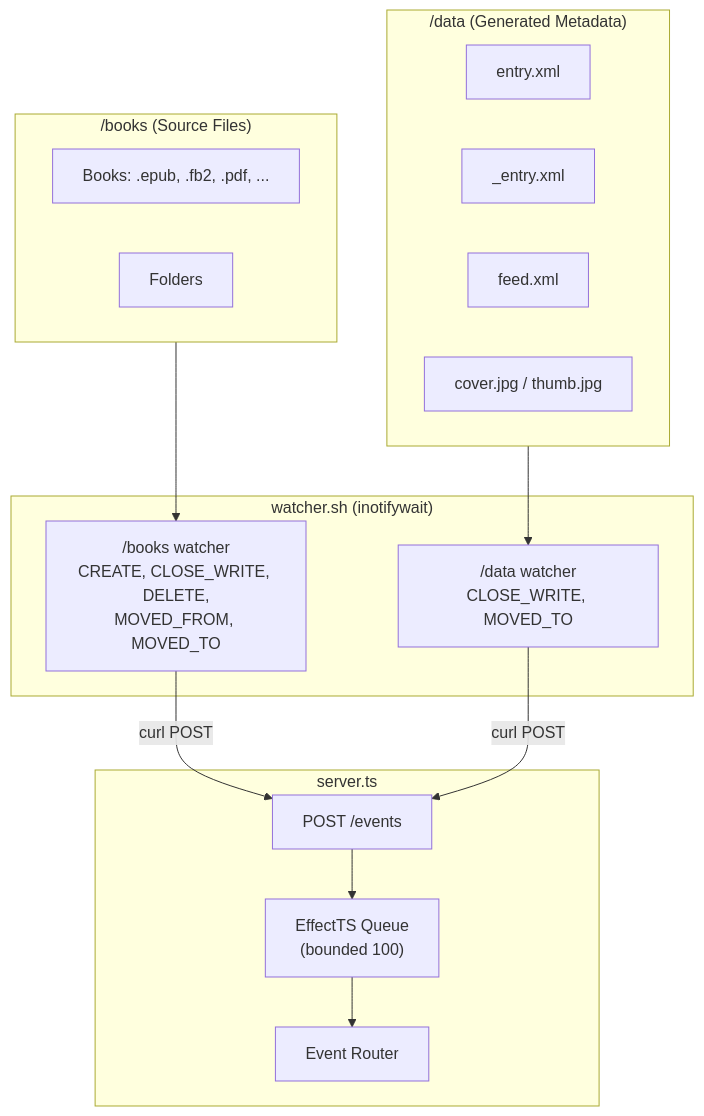
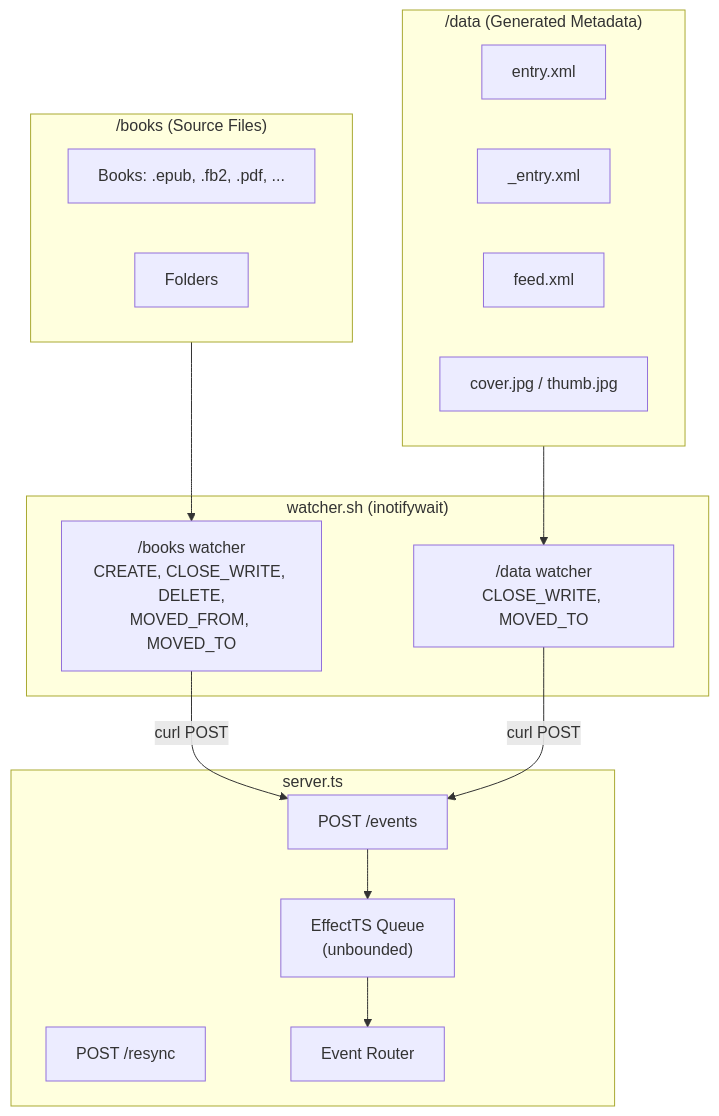
Before and after one commit to Seigiard/opds-generator: the first of 3 diagrams in ARCHITECTURE.md, drawn with Mermaid. The commit also changed other lines of this file and 2 other files, not shown here.

Commit message:
Update docs for queue-based initialSync architecture

````diff
--- a/ARCHITECTURE.md
+++ b/ARCHITECTURE.md
@@ -14,32 +14,33 @@
 ```mermaid
 flowchart TB
     subgraph Sources["/books (Source Files)"]
         B[Books: .epub, .fb2, .pdf, ...]
         F[Folders]
     end
 
     subgraph Data["/data (Generated Metadata)"]
         EX[entry.xml]
         UEX[_entry.xml]
         FX[feed.xml]
         COV[cover.jpg / thumb.jpg]
     end
 
     subgraph Watchers["watcher.sh (inotifywait)"]
         BW["/books watcher<br/>CREATE, CLOSE_WRITE, DELETE,<br/>MOVED_FROM, MOVED_TO"]
         DW["/data watcher<br/>CLOSE_WRITE, MOVED_TO"]
     end
 
     subgraph Server["server.ts"]
         EP["POST /events"]
-        Q["EffectTS Queue<br/>(bounded 100)"]
+        RS["POST /resync"]
+        Q["EffectTS Queue<br/>(unbounded)"]
         R["Event Router"]
     end
 
     Sources --> BW
     Data --> DW
     BW -->|curl POST| EP
     DW -->|curl POST| EP
     EP --> Q
     Q --> R
 ```
````
